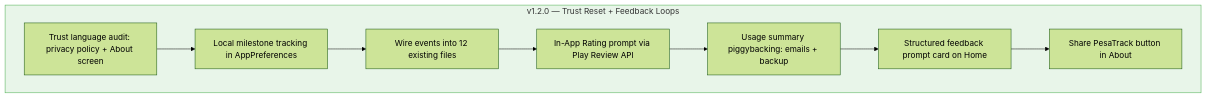
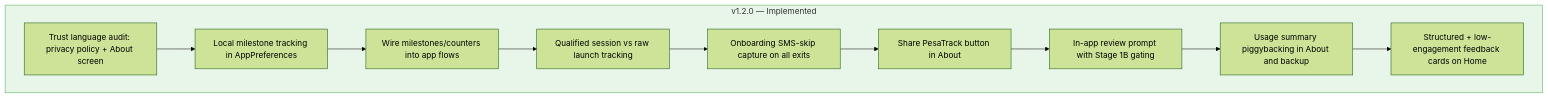
One commit to J-Mumo/PesaTrack changed the second of 2 diagrams in plans/business-transition-plan.md. Above: the diagram before and after it, drawn with Mermaid (forest theme). The commit also changed other lines of this file and 11 other files, not shown here.

Commit message:
feat: v1.2.0 Stage 1 — feedback loops, in-app review, usage metrics

````diff
--- a/plans/business-transition-plan.md
+++ b/plans/business-transition-plan.md
@@ -541,13 +555,15 @@
 ```mermaid
 flowchart TD
-    subgraph v1.2.0 [v1.2.0 — Trust Reset + Feedback Loops]
+    subgraph v1.2.0 [v1.2.0 — Implemented]
         A[Trust language audit: privacy policy + About screen] --> B[Local milestone tracking in AppPreferences]
-        B --> C[Wire events into 12 existing files]
-        C --> D[In-App Rating prompt via Play Review API]
-        D --> E[Usage summary piggybacking: emails + backup]
-        E --> F[Structured feedback prompt card on Home]
-        F --> G[Share PesaTrack button in About]
+        B --> C[Wire milestones/counters into app flows]
+        C --> D[Qualified session vs raw launch tracking]
+        D --> E[Onboarding SMS-skip capture on all exits]
+        E --> F[Share PesaTrack button in About]
+        F --> G[In-app review prompt with Stage 1B gating]
+        G --> H[Usage summary piggybacking in About and backup]
+        H --> I[Structured + low-engagement feedback cards on Home]
     end
 
     style v1.2.0 fill:#e8f5e9,stroke:#4caf50
 ```
````
